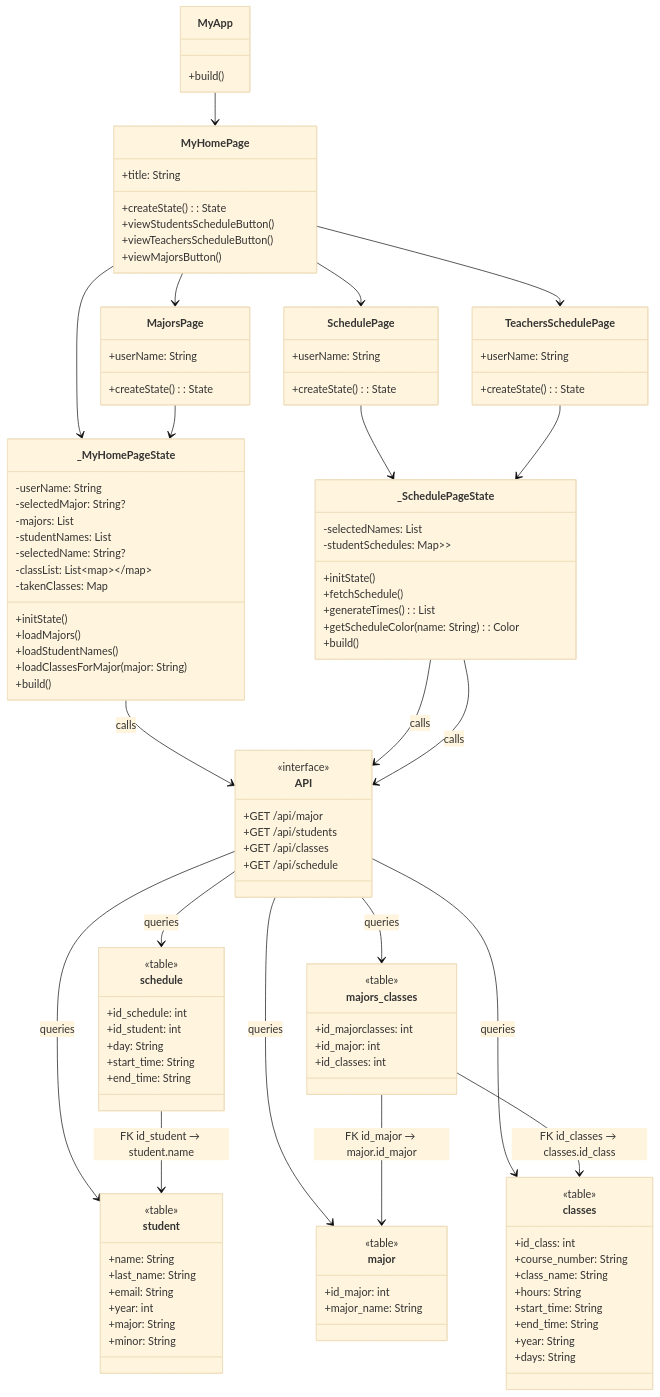
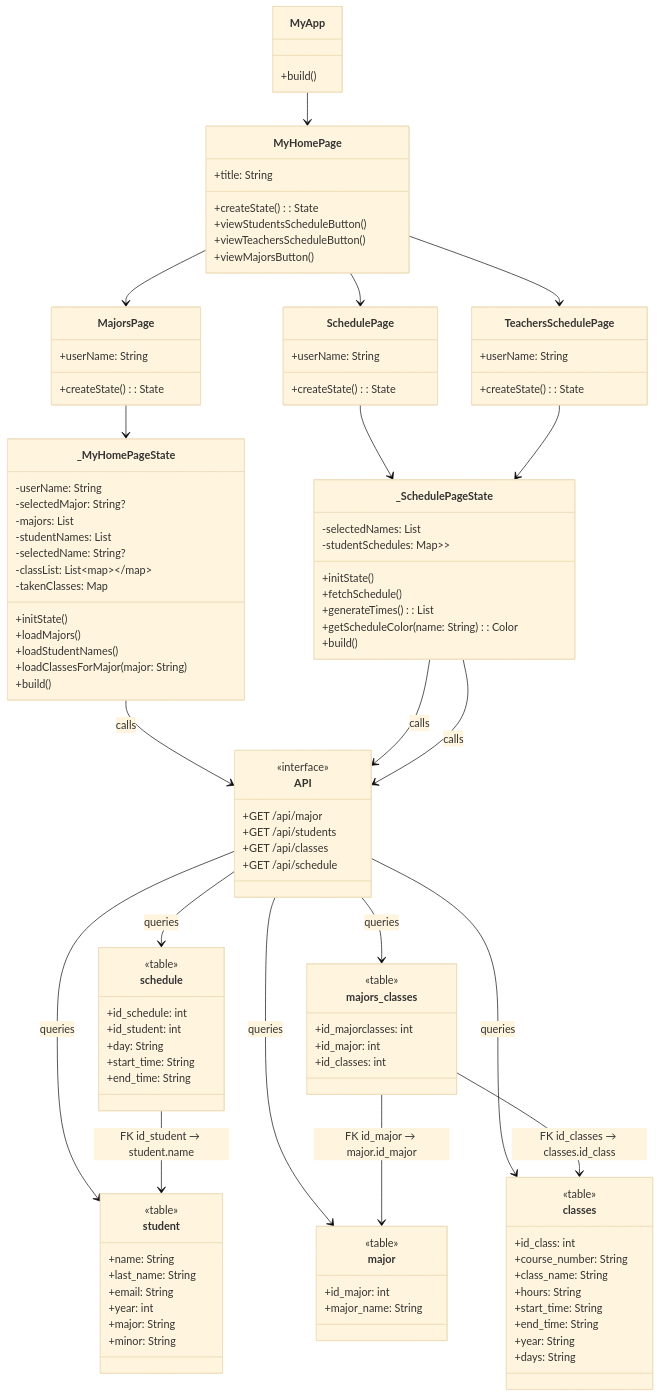
Before and after one commit to Isahepi/SchedulingClasses: the diagram in README1.md, drawn with Mermaid (base theme).

Commit message:
Update README1.md
almost done again

```diff
--- a/README1.md
+++ b/README1.md
@@ -118,7 +118,6 @@
 
     %% App Relationships
     MyApp --> MyHomePage
-    MyHomePage --> _MyHomePageState
     MyHomePage --> SchedulePage
     MyHomePage --> TeachersSchedulePage
     MyHomePage --> MajorsPage
```
